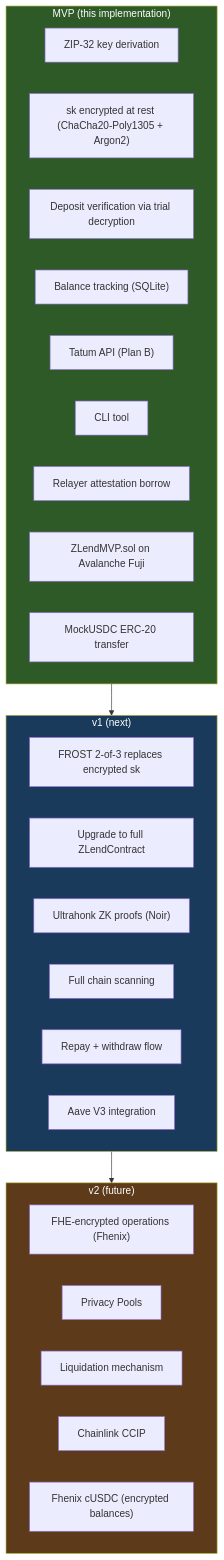
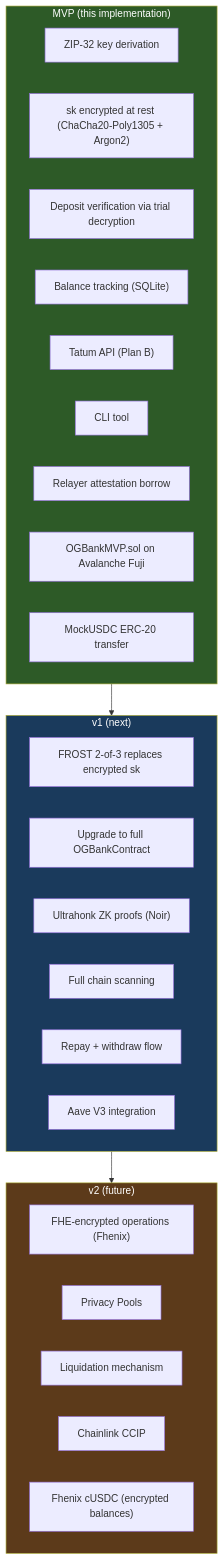
One commit to sebastianlujan/zlend changed the sixth of 6 diagrams in docs/technical/08_mvp.md. Above: the diagram before and after it, drawn with Mermaid. The commit also changed other lines of this file and 68 other files, not shown here.

````diff
--- a/docs/technical/08_mvp.md
+++ b/docs/technical/08_mvp.md
@@ -279,37 +279,37 @@
 ```mermaid
 graph TB
     subgraph MVP ["MVP (this implementation)"]
         M1["ZIP-32 key derivation"]
         M2["sk encrypted at rest (ChaCha20-Poly1305 + Argon2)"]
         M3["Deposit verification via trial decryption"]
         M4["Balance tracking (SQLite)"]
         M5["Tatum API (Plan B)"]
         M6["CLI tool"]
         M7["Relayer attestation borrow"]
-        M8["ZLendMVP.sol on Avalanche Fuji"]
+        M8["OGBankMVP.sol on Avalanche Fuji"]
         M9["MockUSDC ERC-20 transfer"]
     end
 
     subgraph V1 ["v1 (next)"]
         V1A["FROST 2-of-3 replaces encrypted sk"]
-        V1B["Upgrade to full ZLendContract"]
+        V1B["Upgrade to full OGBankContract"]
         V1C["Ultrahonk ZK proofs (Noir)"]
         V1D["Full chain scanning"]
         V1E["Repay + withdraw flow"]
         V1F["Aave V3 integration"]
     end
 
     subgraph V2 ["v2 (future)"]
         V2A["FHE-encrypted operations (Fhenix)"]
         V2B["Privacy Pools"]
         V2C["Liquidation mechanism"]
         V2D["Chainlink CCIP"]
         V2E["Fhenix cUSDC (encrypted balances)"]
     end
 
     MVP --> V1 --> V2
 
     style MVP fill:#2d5a27,color:#fff
     style V1 fill:#1a3a5c,color:#fff
     style V2 fill:#5c3a1a,color:#fff
 ```
````
